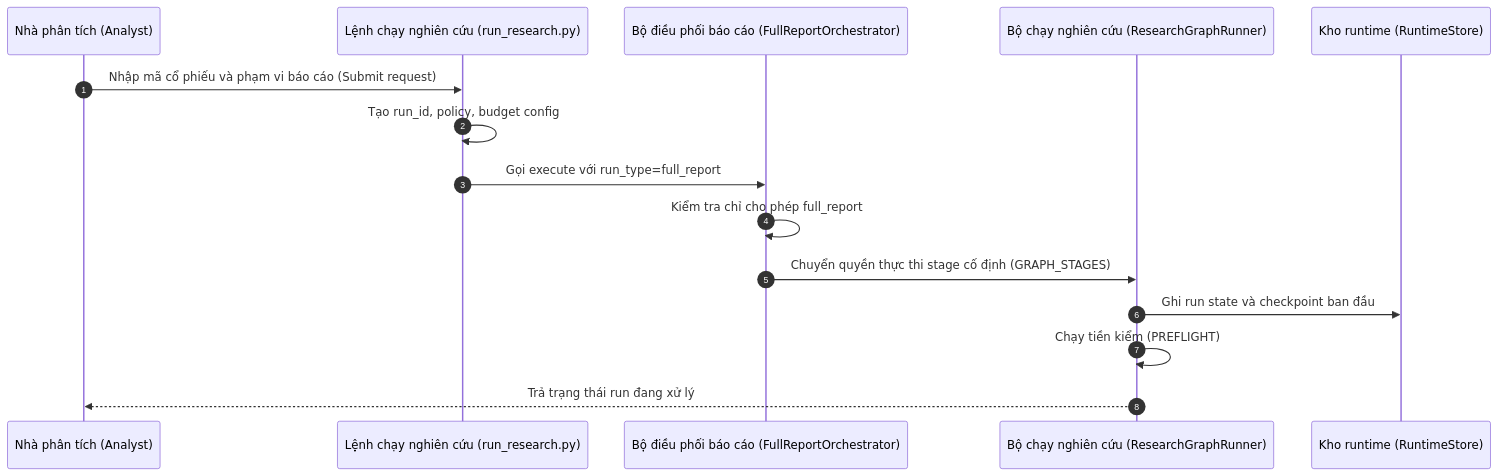
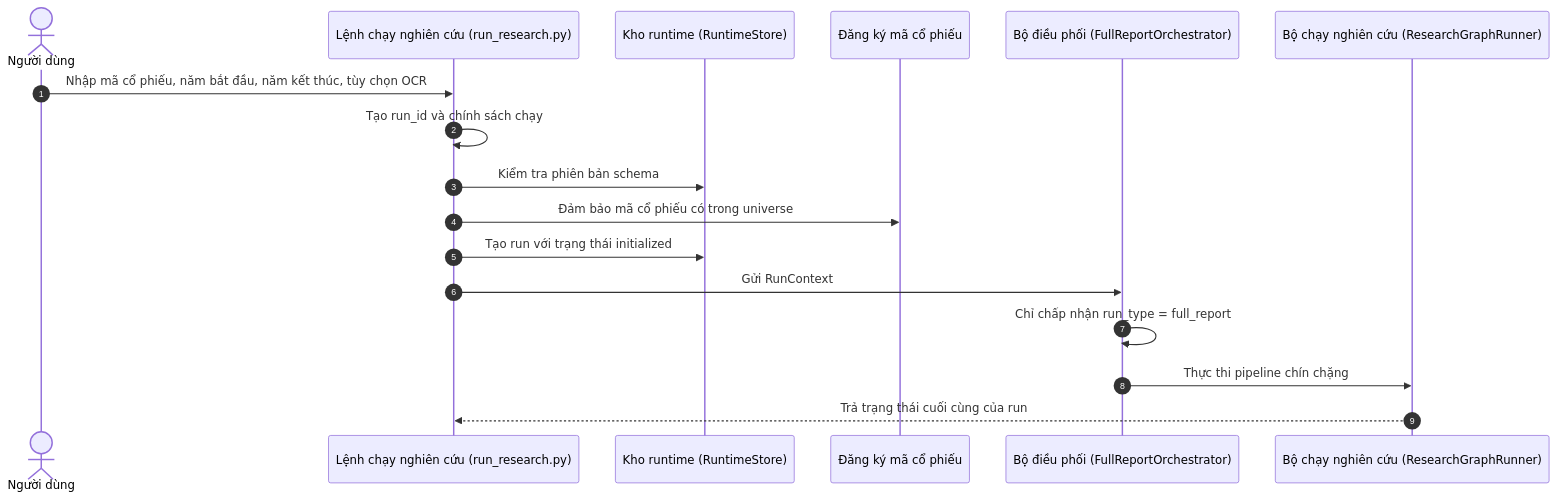
Before and after one commit to haubelerche/equity-research-system: the second of 24 diagrams in docs/SEQUENCE.md, drawn with Mermaid. The commit also changed other lines of this file and 56 other files, not shown here.

````diff
--- a/docs/SEQUENCE.md
+++ b/docs/SEQUENCE.md
@@ -64,18 +74,20 @@
 ```mermaid
 sequenceDiagram
     autonumber
-    participant A as Nhà phân tích (Analyst)
+    actor U as Người dùng
     participant CLI as Lệnh chạy nghiên cứu (run_research.py)
-    participant O as Bộ điều phối báo cáo (FullReportOrchestrator)
+    participant S as Kho runtime (RuntimeStore)
+    participant REG as Đăng ký mã cổ phiếu
+    participant O as Bộ điều phối (FullReportOrchestrator)
     participant R as Bộ chạy nghiên cứu (ResearchGraphRunner)
-    participant S as Kho runtime (RuntimeStore)
 
-    A->>CLI: Nhập mã cổ phiếu và phạm vi báo cáo (Submit request)
-    CLI->>CLI: Tạo run_id, policy, budget config
-    CLI->>O: Gọi execute với run_type=full_report
-    O->>O: Kiểm tra chỉ cho phép full_report
-    O->>R: Chuyển quyền thực thi stage cố định (GRAPH_STAGES)
-    R->>S: Ghi run state và checkpoint ban đầu
-    R->>R: Chạy tiền kiểm (PREFLIGHT)
-    R-->>A: Trả trạng thái run đang xử lý
+    U->>CLI: Nhập mã cổ phiếu, năm bắt đầu, năm kết thúc, tùy chọn OCR
+    CLI->>CLI: Tạo run_id và chính sách chạy
+    CLI->>S: Kiểm tra phiên bản schema
+    CLI->>REG: Đảm bảo mã cổ phiếu có trong universe
+    CLI->>S: Tạo run với trạng thái initialized
+    CLI->>O: Gửi RunContext
+    O->>O: Chỉ chấp nhận run_type = full_report
+    O->>R: Thực thi pipeline chín chặng
+    R-->>CLI: Trả trạng thái cuối cùng của run
 ```
````
